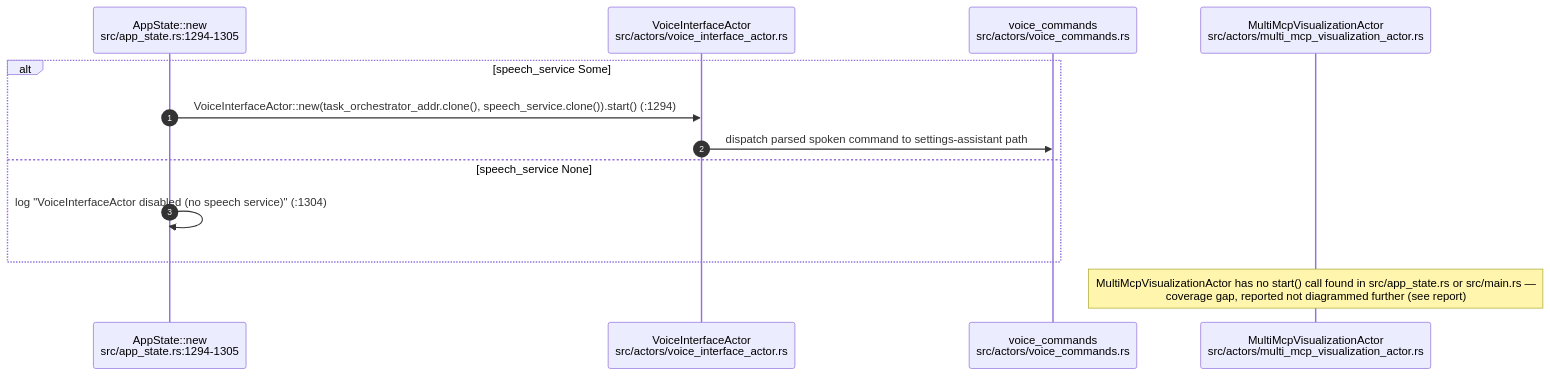
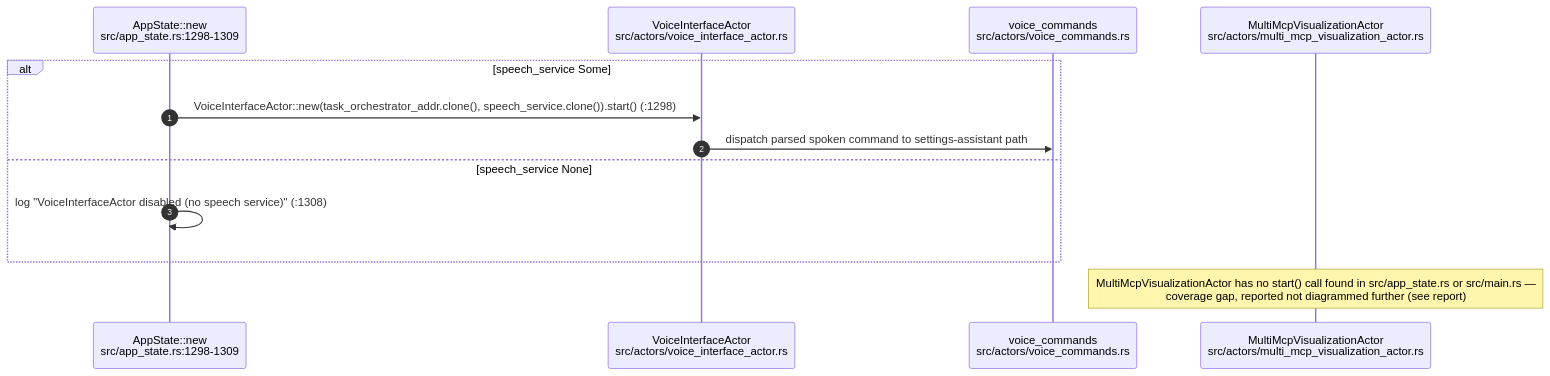
One commit to DreamLab-AI/VisionFlow changed diagram 13 of 14 in docs/diagrams/visionclaw/02-actor-supervision.md. Above: the diagram before and after it, drawn with Mermaid. The commit also changed other lines of this file and 136 other files, not shown here.

First line of the commit message:
docs(diagrams): refresh the whole corpus to code HEAD and prune low-value diagrams

````diff
--- a/docs/diagrams/visionclaw/02-actor-supervision.md
+++ b/docs/diagrams/visionclaw/02-actor-supervision.md
@@ -584,16 +477,16 @@
 ```mermaid
 sequenceDiagram
     autonumber
-    participant APP as AppState::new<br/>src/app_state.rs:1294-1305
+    participant APP as AppState::new<br/>src/app_state.rs:1298-1309
     participant VI as VoiceInterfaceActor<br/>src/actors/voice_interface_actor.rs
     participant VC as voice_commands<br/>src/actors/voice_commands.rs
     participant MMV as MultiMcpVisualizationActor<br/>src/actors/multi_mcp_visualization_actor.rs
 
     alt speech_service Some
-        APP->>VI: VoiceInterfaceActor::new(task_orchestrator_addr.clone(), speech_service.clone()).start() (:1294)
+        APP->>VI: VoiceInterfaceActor::new(task_orchestrator_addr.clone(), speech_service.clone()).start() (:1298)
         VI->>VC: dispatch parsed spoken command to settings-assistant path
     else speech_service None
-        APP->>APP: log "VoiceInterfaceActor disabled (no speech service)" (:1304)
+        APP->>APP: log "VoiceInterfaceActor disabled (no speech service)" (:1308)
     end
     Note over MMV: MultiMcpVisualizationActor has no start() call found in src/app_state.rs or src/main.rs —<br/>coverage gap, reported not diagrammed further (see report)
 ```
````
